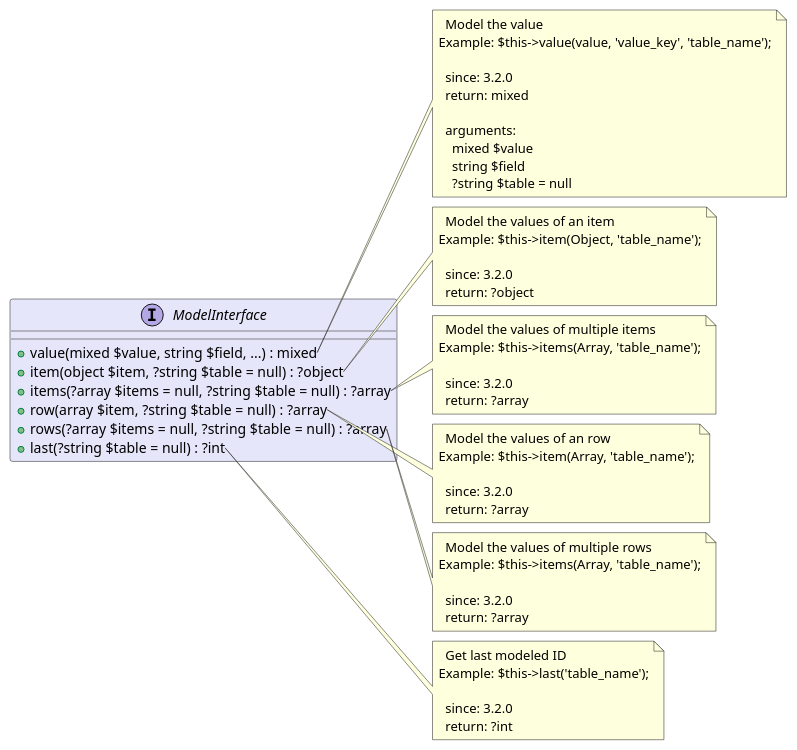
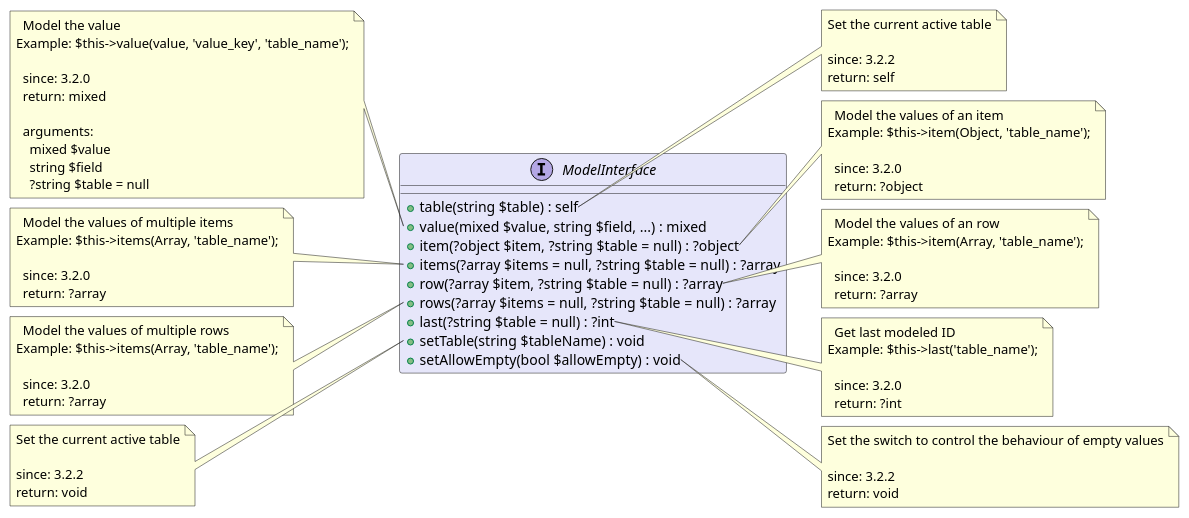
One commit to joomengine/super-powers changed the diagram in src/8aef58c1-3f70-4bd4-b9e4-3f29fcd41cff/README.md. Above: the diagram before and after it, drawn with PlantUML. The commit also changed other lines of this file and 249 other files, not shown here.

````diff
--- a/src/8aef58c1-3f70-4bd4-b9e4-3f29fcd41cff/README.md
+++ b/src/8aef58c1-3f70-4bd4-b9e4-3f29fcd41cff/README.md
@@ -11,15 +12,25 @@
 ```uml
 @startuml
 interface ModelInterface  #Lavender {
+  + table(string $table) : self
   + value(mixed $value, string $field, ...) : mixed
-  + item(object $item, ?string $table = null) : ?object
+  + item(?object $item, ?string $table = null) : ?object
   + items(?array $items = null, ?string $table = null) : ?array
-  + row(array $item, ?string $table = null) : ?array
+  + row(?array $item, ?string $table = null) : ?array
   + rows(?array $items = null, ?string $table = null) : ?array
   + last(?string $table = null) : ?int
+  + setTable(string $tableName) : void
+  + setAllowEmpty(bool $allowEmpty) : void
 }
 
-note right of ModelInterface::value
+note right of ModelInterface::table
+  Set the current active table
+
+  since: 3.2.2
+  return: self
+end note
+
+note left of ModelInterface::value
   Model the value
 Example: $this->value(value, 'value_key', 'table_name');
 
@@ -40,7 +51,7 @@
   return: ?object
 end note
 
-note right of ModelInterface::items
+note left of ModelInterface::items
   Model the values of multiple items
 Example: $this->items(Array, 'table_name');
 
@@ -56,7 +67,7 @@
   return: ?array
 end note
 
-note right of ModelInterface::rows
+note left of ModelInterface::rows
   Model the values of multiple rows
 Example: $this->items(Array, 'table_name');
 
@@ -71,6 +82,20 @@
   since: 3.2.0
   return: ?int
 end note
+
+note left of ModelInterface::setTable
+  Set the current active table
+
+  since: 3.2.2
+  return: void
+end note
+
+note right of ModelInterface::setAllowEmpty
+  Set the switch to control the behaviour of empty values
+
+  since: 3.2.2
+  return: void
+end note
  
 @enduml
 ```
````
